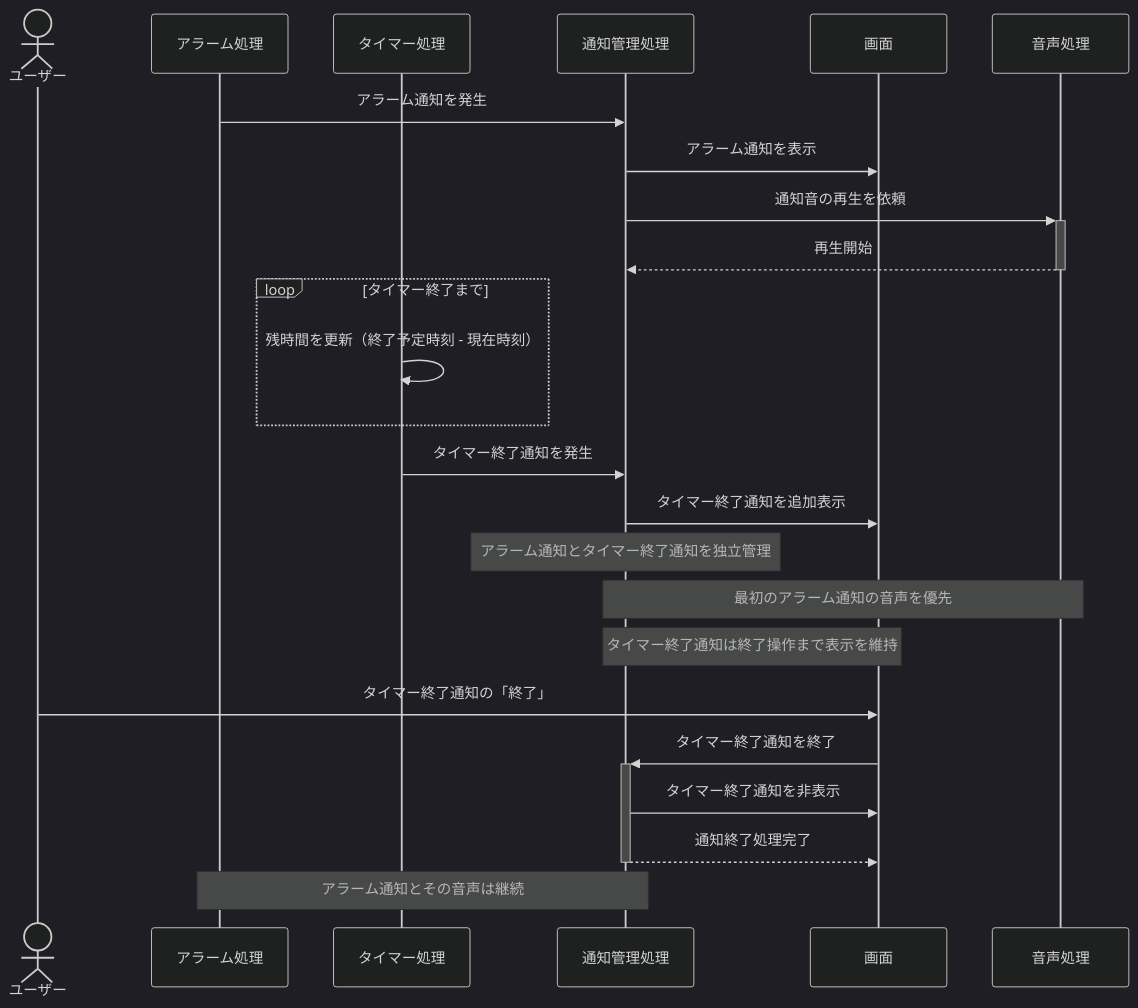
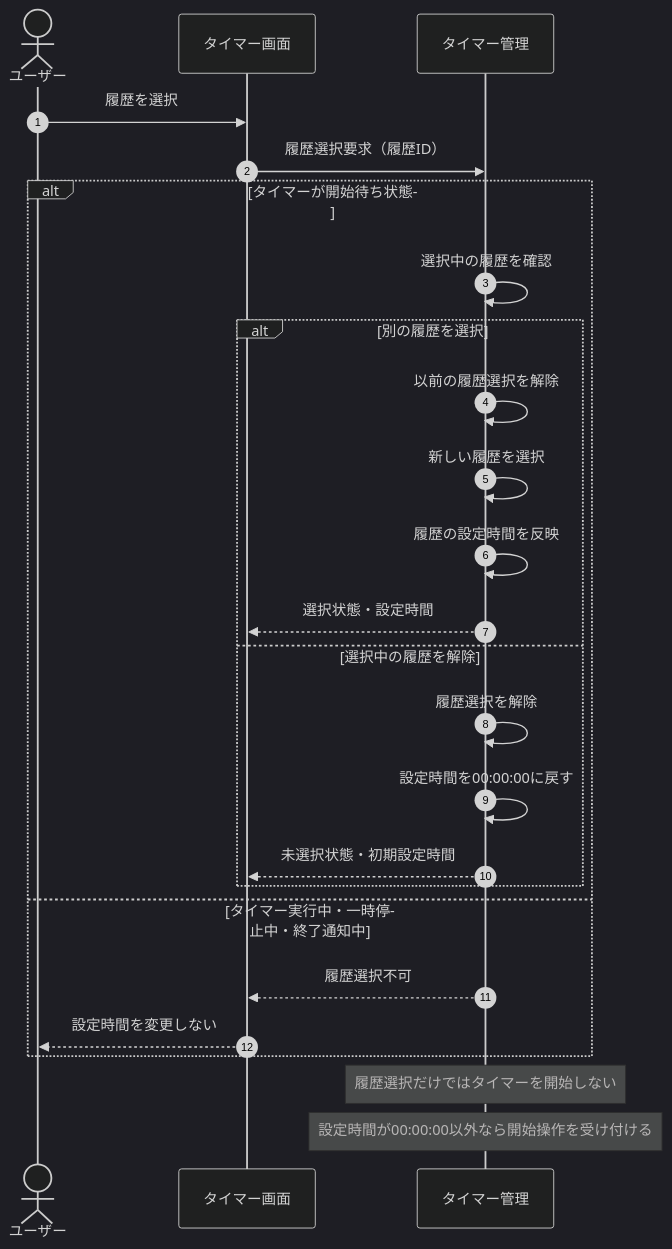
One commit to shun62201234-crypto/timerApplication changed the fifth of 5 diagrams in document/設計/シーケンス図/タイマーシーケンス図.md. Above: the diagram before and after it, drawn with Mermaid (dark theme). The commit also changed other lines of this file and 2 other files, not shown here.

First line of the commit message:
シーケンス図を修正（共通・アラーム・タイマー）

````diff
--- a/document/設計/シーケンス図/タイマーシーケンス図.md
+++ b/document/設計/シーケンス図/タイマーシーケンス図.md
@@ -160,32 +174,32 @@
 ```mermaid
 sequenceDiagram
-    actor ユーザー
-    participant Alarm as アラーム処理
-    participant Timer as タイマー処理
-    participant Notify as 通知管理処理
-    participant UI as 画面
-    participant Audio as 音声処理
+    autonumber
+    actor User as ユーザー
+    participant UI as タイマー画面
+    participant Timer as タイマー管理
 
-    Alarm->>Notify: アラーム通知を発生
-    Notify->>UI: アラーム通知を表示
-    Notify->>+Audio: 通知音の再生を依頼
-    Audio-->>-Notify: 再生開始
+    User->>UI: 履歴を選択
+    UI->>Timer: 履歴選択要求（履歴ID）
 
-    loop タイマー終了まで
-        Timer->>Timer: 残時間を更新（終了予定時刻 - 現在時刻）
+    alt タイマーが開始待ち状態
+        Timer->>Timer: 選択中の履歴を確認
+
+        alt 別の履歴を選択
+            Timer->>Timer: 以前の履歴選択を解除
+            Timer->>Timer: 新しい履歴を選択
+            Timer->>Timer: 履歴の設定時間を反映
+            Timer-->>UI: 選択状態・設定時間
+        else 選択中の履歴を解除
+            Timer->>Timer: 履歴選択を解除
+            Timer->>Timer: 設定時間を00:00:00に戻す
+            Timer-->>UI: 未選択状態・初期設定時間
+        end
+
+    else タイマー実行中・一時停止中・終了通知中
+        Timer-->>UI: 履歴選択不可
+        UI-->>User: 設定時間を変更しない
     end
 
-    Timer->>Notify: タイマー終了通知を発生
-    Notify->>UI: タイマー終了通知を追加表示
-
-    Note over Notify: アラーム通知とタイマー終了通知を独立管理
-    Note over Notify,Audio: 最初のアラーム通知の音声を優先
-    Note over Notify,UI: タイマー終了通知は終了操作まで表示を維持
-
-    ユーザー->>UI: タイマー終了通知の「終了」
-    UI->>+Notify: タイマー終了通知を終了
-    Notify->>UI: タイマー終了通知を非表示
-    Notify-->>-UI: 通知終了処理完了
-
-    Note over Alarm,Notify: アラーム通知とその音声は継続
+    Note over Timer: 履歴選択だけではタイマーを開始しない
+    Note over Timer: 設定時間が00:00:00以外なら開始操作を受け付ける
 ```
````
